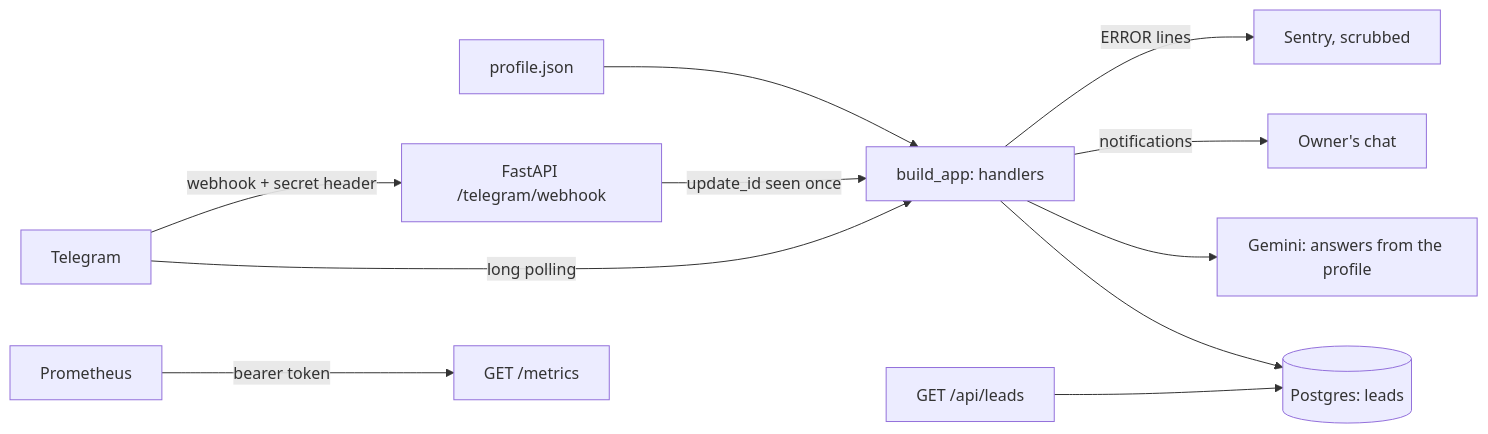
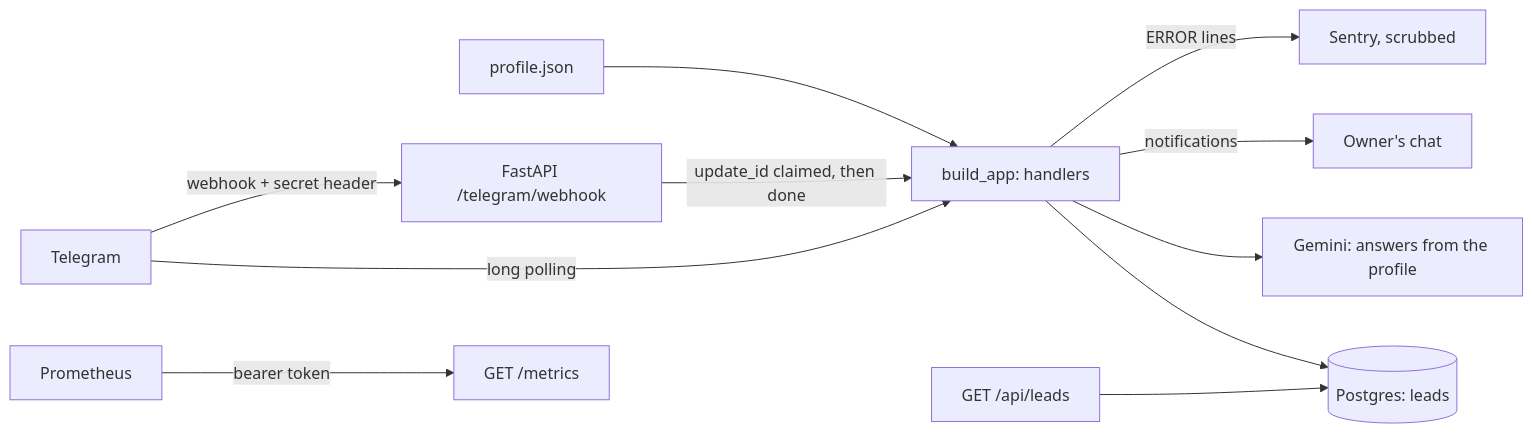
Before and after one commit to Noritur/tg-business-kit: the diagram in README.md, drawn with Mermaid. The commit also changed other lines of this file and 9 other files, not shown here.

````diff
--- a/README.md
+++ b/README.md
@@ -21,13 +21,13 @@
 ```mermaid
 flowchart LR
     profile[profile.json] --> app
     tg[Telegram] -- long polling --> app
     tg -- webhook + secret header --> web[FastAPI /telegram/webhook]
-    web -- update_id seen once --> app
+    web -- update_id claimed, then done --> app
     app[build_app: handlers] --> store[(Postgres: leads)]
     app --> llm[Gemini: answers from the profile]
     app -- notifications --> owner[Owner's chat]
     api[GET /api/leads] --> store
     prom[Prometheus] -- bearer token --> metrics[GET /metrics]
     app -- ERROR lines --> sentry[Sentry, scrubbed]
 ```
````
